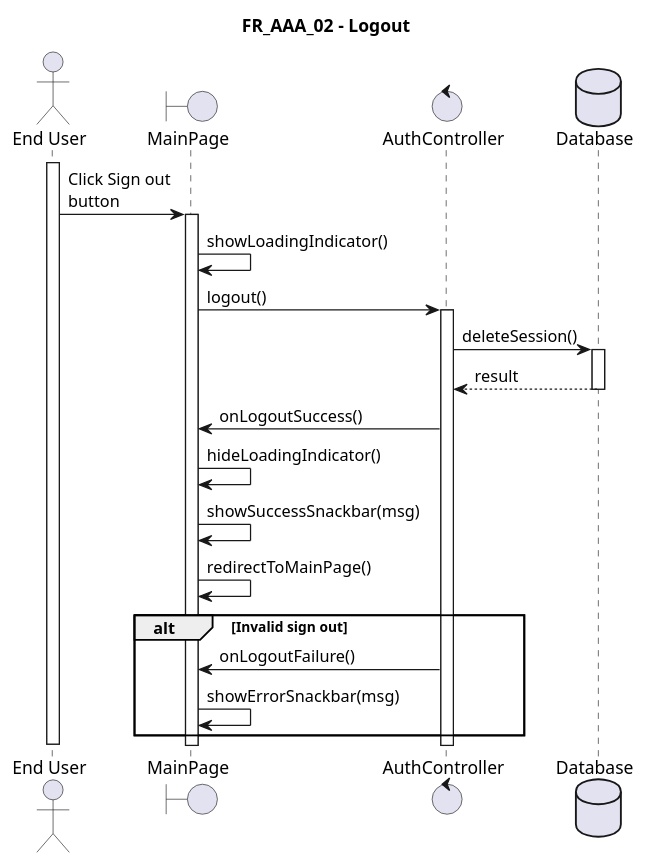
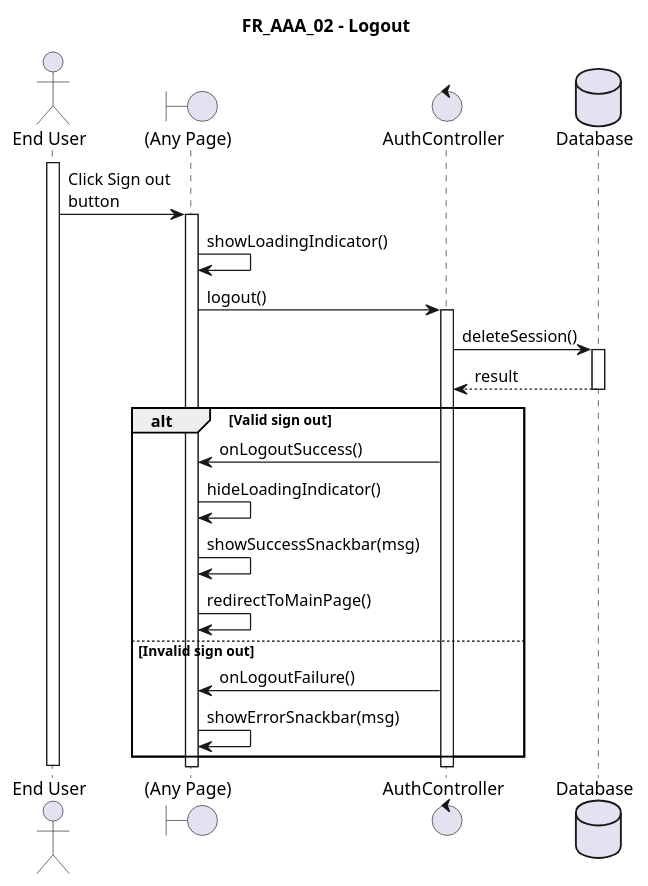
Before and after one commit to AdmiJW/UTM-FC-Scheduler-UML: the diagram in sequence/end-user/FR_AAA_02.plantuml, drawn with PlantUML. The commit also changed 120 other files, not shown here.

Commit message:
JW: Complete Sequence Diagram

```diff
--- a/sequence/end-user/FR_AAA_02.plantuml
+++ b/sequence/end-user/FR_AAA_02.plantuml
@@ -1,31 +1,32 @@
 @startuml FR_AAA_02
 title FR_AAA_02 - Logout
 skinparam maxMessageSize 125
 
 actor "End User" as eu
-boundary MainPage as fe
+boundary "(Any Page)" as fe
 control AuthController as ct
 ' entity Entity as en
 database Database as db
 
 activate eu
 
 eu -> fe ++ : Click Sign out button
 fe -> fe : showLoadingIndicator()
 
 fe -> ct ++ : logout()
 ct -> db ++ : deleteSession()
 return result
-ct -> fe : onLogoutSuccess()
-fe -> fe : hideLoadingIndicator()
-fe -> fe : showSuccessSnackbar(msg)
-fe -> fe : redirectToMainPage()
 
-alt Invalid sign out
+alt Valid sign out
+    ct -> fe : onLogoutSuccess()
+    fe -> fe : hideLoadingIndicator()
+    fe -> fe : showSuccessSnackbar(msg)
+    fe -> fe : redirectToMainPage()
+else Invalid sign out
     ct -> fe : onLogoutFailure()
     fe -> fe : showErrorSnackbar(msg)
 end
 
 deactivate eu
 
 @enduml
```
